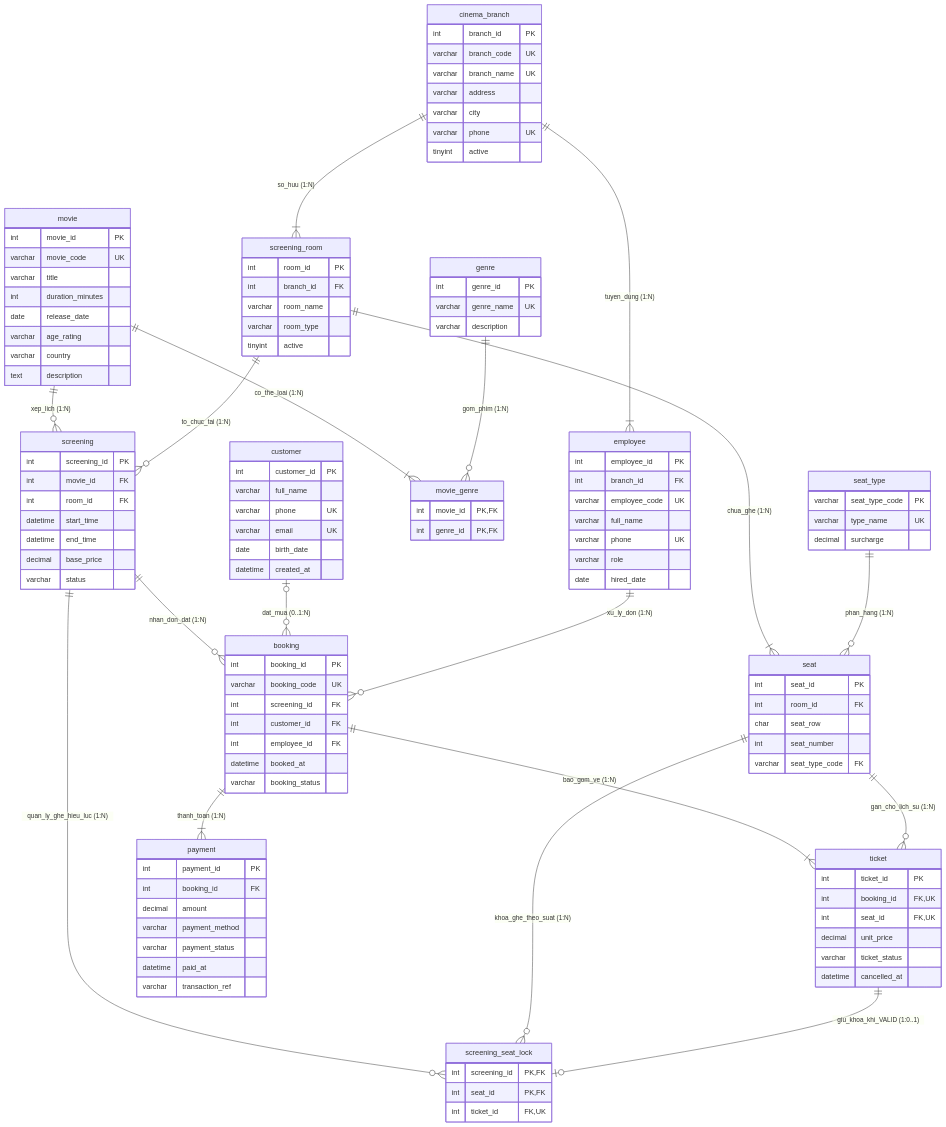
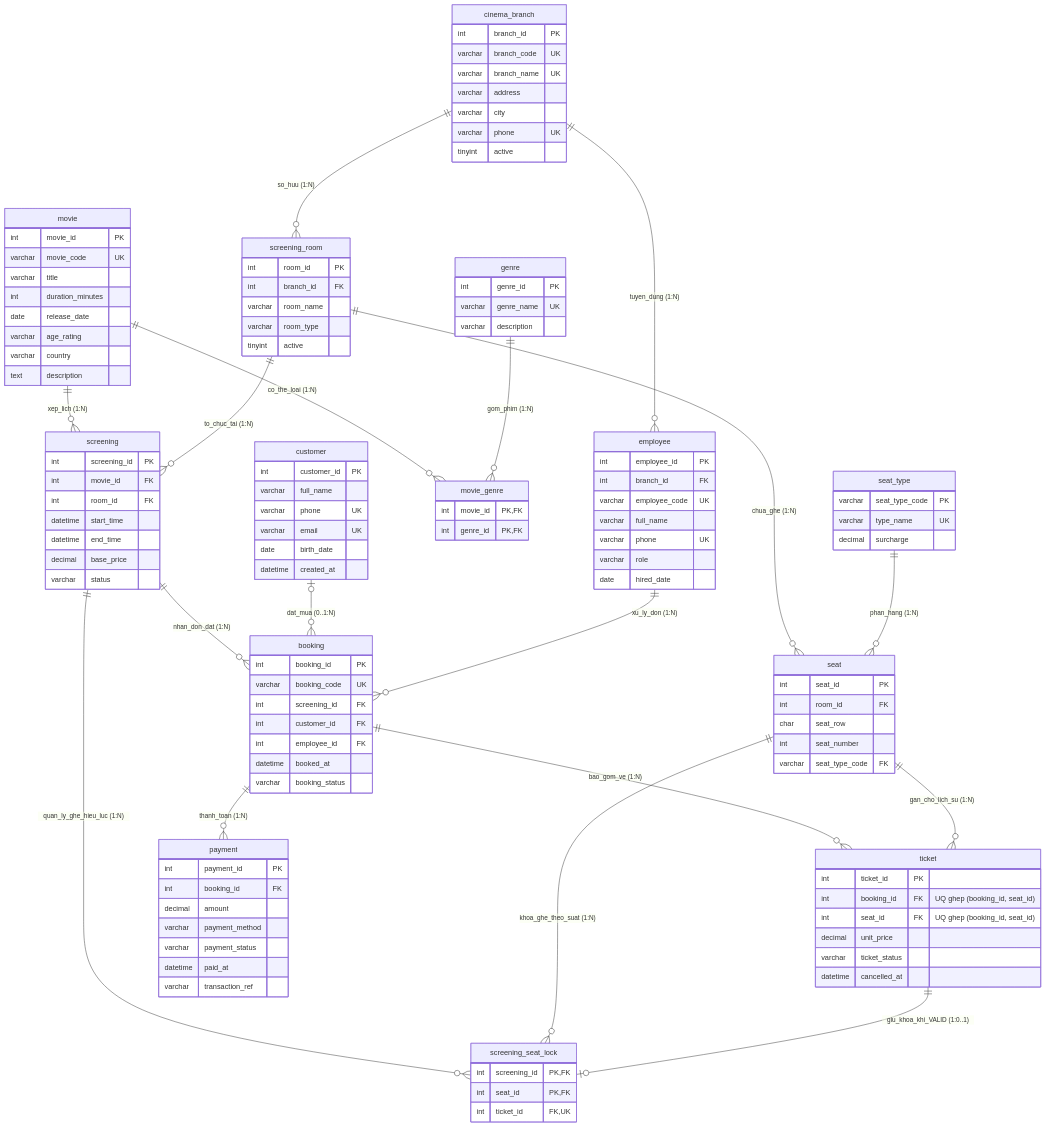
Before and after one commit to lnb2x/quan-ly-chuoi-rap-phim: the diagram in docs/erd/erd-explanation.md, drawn with Mermaid. The commit also changed other lines of this file and 125 other files, not shown here.

````diff
--- a/docs/erd/erd-explanation.md
+++ b/docs/erd/erd-explanation.md
@@ -19,22 +20,22 @@
 ```mermaid
 erDiagram
-    cinema_branch ||--|{ screening_room : "so_huu (1:N)"
-    cinema_branch ||--|{ employee : "tuyen_dung (1:N)"
-    screening_room ||--|{ seat : "chua_ghe (1:N)"
+    cinema_branch ||--o{ screening_room : "so_huu (1:N)"
+    cinema_branch ||--o{ employee : "tuyen_dung (1:N)"
+    screening_room ||--o{ seat : "chua_ghe (1:N)"
     seat_type ||--o{ seat : "phan_hang (1:N)"
-    movie ||--|{ movie_genre : "co_the_loai (1:N)"
+    movie ||--o{ movie_genre : "co_the_loai (1:N)"
     genre ||--o{ movie_genre : "gom_phim (1:N)"
     movie ||--o{ screening : "xep_lich (1:N)"
     screening_room ||--o{ screening : "to_chuc_tai (1:N)"
     screening ||--o{ booking : "nhan_don_dat (1:N)"
     customer |o--o{ booking : "dat_mua (0..1:N)"
     employee ||--o{ booking : "xu_ly_don (1:N)"
-    booking ||--|{ ticket : "bao_gom_ve (1:N)"
+    booking ||--o{ ticket : "bao_gom_ve (1:N)"
     seat ||--o{ ticket : "gan_cho_lich_su (1:N)"
     screening ||--o{ screening_seat_lock : "quan_ly_ghe_hieu_luc (1:N)"
     seat ||--o{ screening_seat_lock : "khoa_ghe_theo_suat (1:N)"
     ticket ||--o| screening_seat_lock : "giu_khoa_khi_VALID (1:0..1)"
-    booking ||--|{ payment : "thanh_toan (1:N)"
+    booking ||--o{ payment : "thanh_toan (1:N)"
 
     cinema_branch {
         int branch_id PK
@@ -120,8 +121,8 @@
     }
     ticket {
         int ticket_id PK
-        int booking_id FK,UK
-        int seat_id FK,UK
+        int booking_id FK "UQ ghep (booking_id, seat_id)"
+        int seat_id FK "UQ ghep (booking_id, seat_id)"
         decimal unit_price
         varchar ticket_status
         datetime cancelled_at
````
